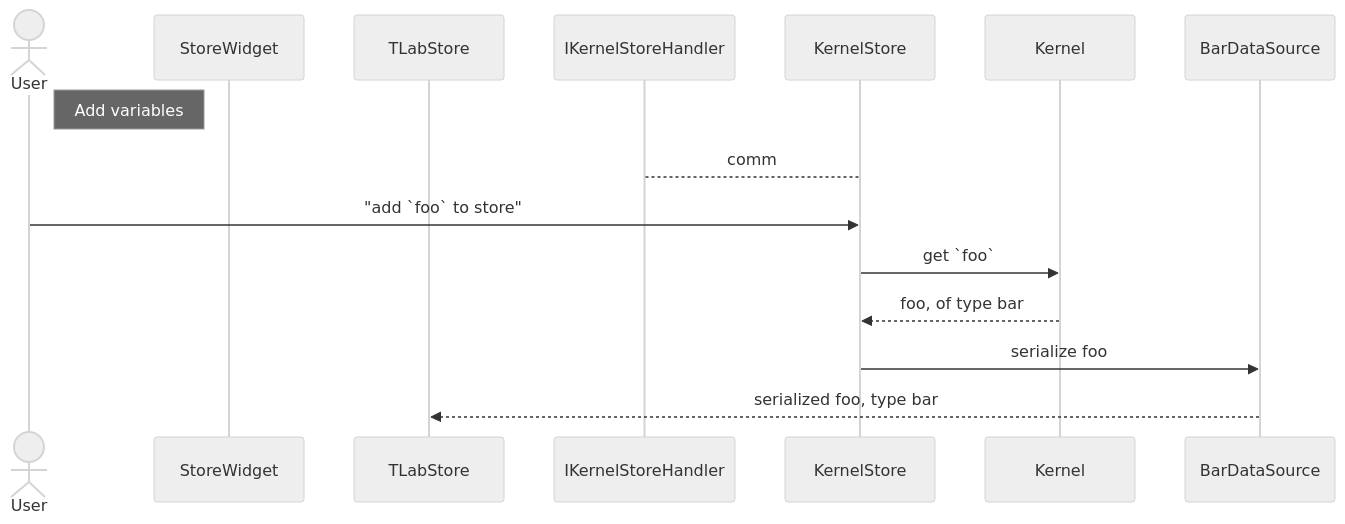
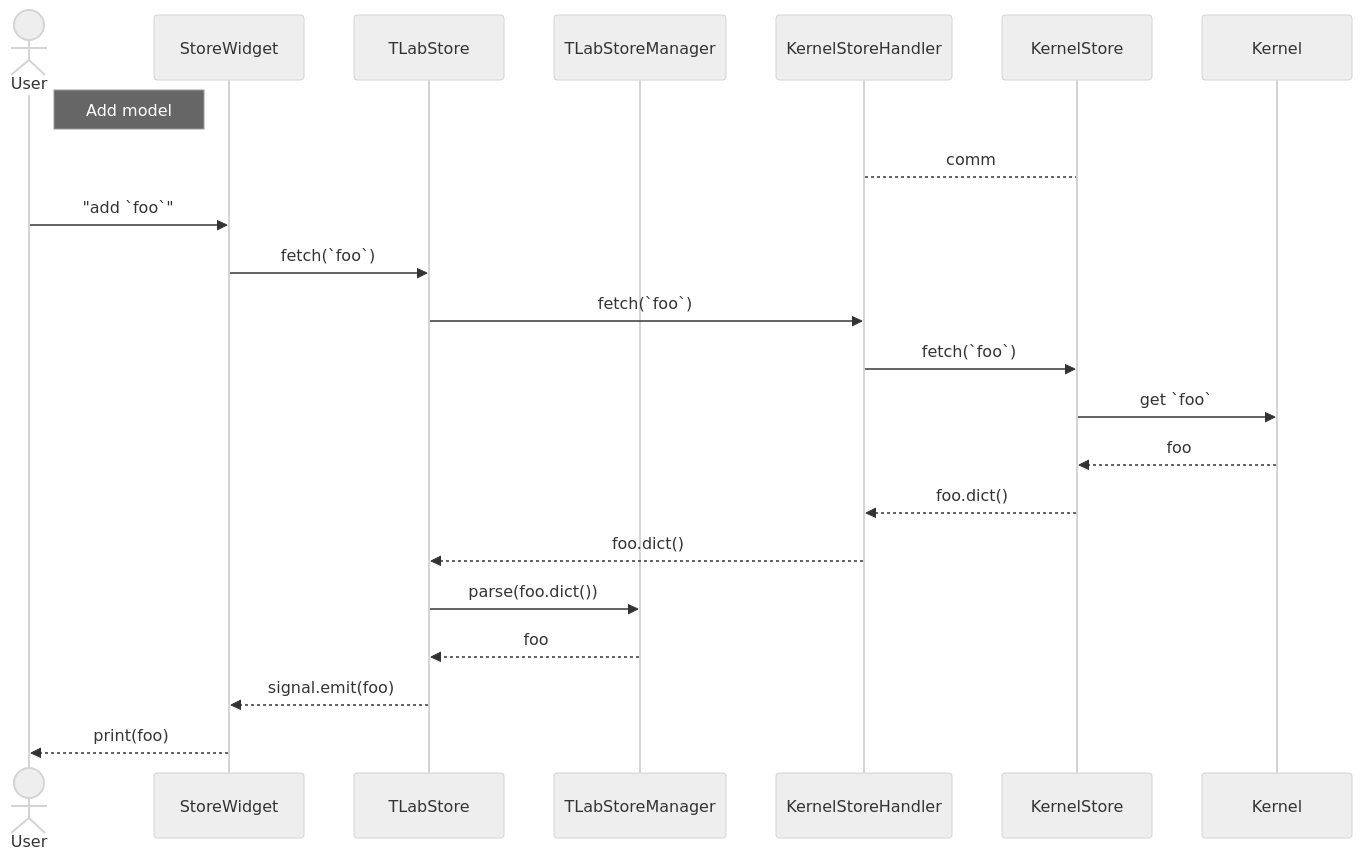
One commit to twiinIT/tlab changed the sixth of 7 diagrams in docs/architecture.md. Above: the diagram before and after it, drawn with Mermaid (neutral theme). The commit also changed other lines of this file and 22 other files, not shown here.

````diff
--- a/docs/architecture.md
+++ b/docs/architecture.md
@@ -125,17 +156,24 @@
 ```mermaid
 sequenceDiagram
     actor User
     participant StoreWidget
     participant TLabStore
-    participant IKernelStoreHandler
+    participant TLabStoreManager
+    participant KernelStoreHandler
     participant KernelStore
     participant Kernel
-    participant BarDataSource
-    note right of User : Add variables
-    IKernelStoreHandler --> KernelStore : comm
-    User ->> KernelStore : "add `foo` to store"
+    note right of User : Add model
+    KernelStoreHandler --> KernelStore : comm
+    User ->> StoreWidget : "add `foo`"
+    StoreWidget ->> TLabStore : fetch(`foo`)
+    TLabStore ->> KernelStoreHandler : fetch(`foo`)
+    KernelStoreHandler ->> KernelStore : fetch(`foo`)
     KernelStore ->> Kernel : get `foo`
-    Kernel -->> KernelStore : foo, of type bar
-    KernelStore ->> BarDataSource : serialize foo
-    BarDataSource -->> TLabStore : serialized foo, type bar
+    Kernel -->> KernelStore: foo
+    KernelStore -->> KernelStoreHandler : foo.dict()
+    KernelStoreHandler -->> TLabStore : foo.dict()
+    TLabStore ->> TLabStoreManager : parse(foo.dict())
+    TLabStoreManager -->> TLabStore : foo
+    TLabStore -->> StoreWidget : signal.emit(foo)
+    StoreWidget -->> User : print(foo)
 ```
````
